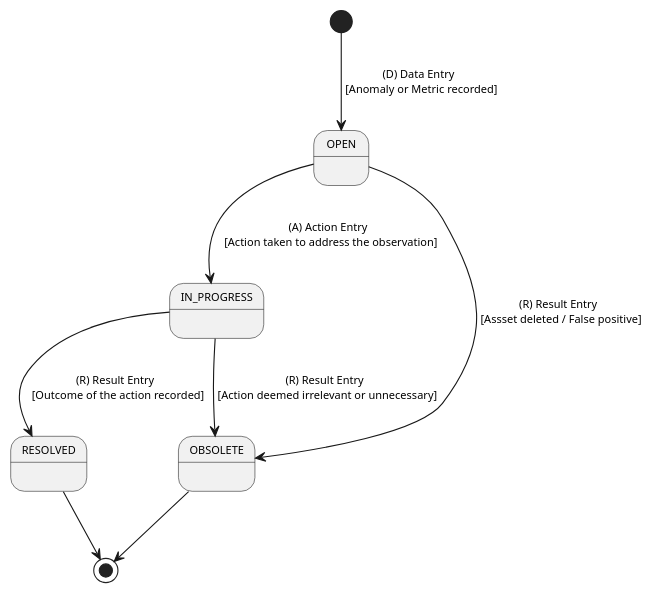
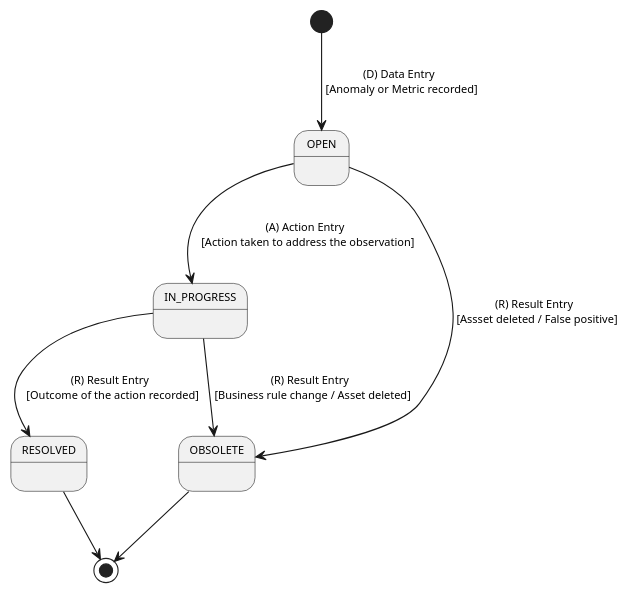
The diagram in uml/tdar_state.puml (xFufly/tdar-lineage), drawn with PlantUML before and after one commit.

Commit message:
fix(tdar_state): IN_PROGRESS->OBSOLETE condition

```diff
--- a/uml/tdar_state.puml
+++ b/uml/tdar_state.puml
@@ -1,21 +1,21 @@
 @startuml tdar_state
 
 skinparam monochrome true
 skinparam shadowing false
 skinparam defaultFontName "Arial"
 skinparam defaultFontSize 10
 
 state OPEN
 state IN_PROGRESS
 state RESOLVED
 state OBSOLETE
 
 [*] --> OPEN : (D) Data Entry \n [Anomaly or Metric recorded]
 OPEN --> IN_PROGRESS : (A) Action Entry \n [Action taken to address the observation]
 OPEN --> OBSOLETE : (R) Result Entry \n [Assset deleted / False positive]
 IN_PROGRESS --> RESOLVED : (R) Result Entry \n [Outcome of the action recorded]
-IN_PROGRESS --> OBSOLETE : (R) Result Entry \n [Action deemed irrelevant or unnecessary]
+IN_PROGRESS --> OBSOLETE : (R) Result Entry \n [Business rule change / Asset deleted]
 RESOLVED --> [*]
 OBSOLETE --> [*]
 
 @enduml
```
